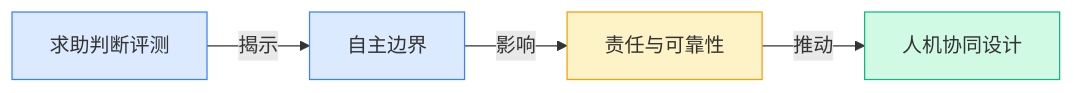
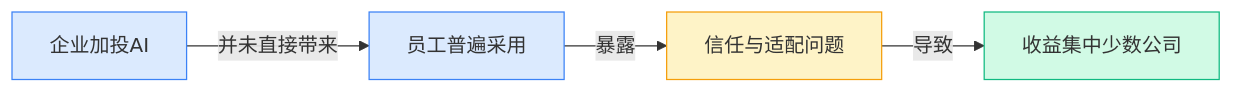
One commit to ylzsdafei/ai-daily-site changed the fifth of 8 diagrams in content/cn/blog/weekly/2026-W16.md. Above: the diagram before and after it, drawn with Mermaid. The commit also changed other lines of this file and 1 other file, not shown here.

````diff
--- a/content/cn/blog/weekly/2026-W16.md
+++ b/content/cn/blog/weekly/2026-W16.md
@@ -146,12 +151,12 @@
 ```mermaid
 graph LR
-A[求助判断评测] -->|揭示| B[自主边界]
-B -->|影响| C[责任与可靠性]
-C -->|推动| D[人机协同设计]
+A[企业加投AI] -->|并未直接带来| B[员工普遍采用]
+B -->|暴露| C[信任与适配问题]
+C -->|导致| D[收益集中少数公司]
 classDef blue fill:#dbeafe,stroke:#3b82f6
 classDef yellow fill:#fef3c7,stroke:#f59e0b
 classDef green fill:#d1fae5,stroke:#10b981
 class A,B blue
 class C yellow
 class D green
 ```
````
